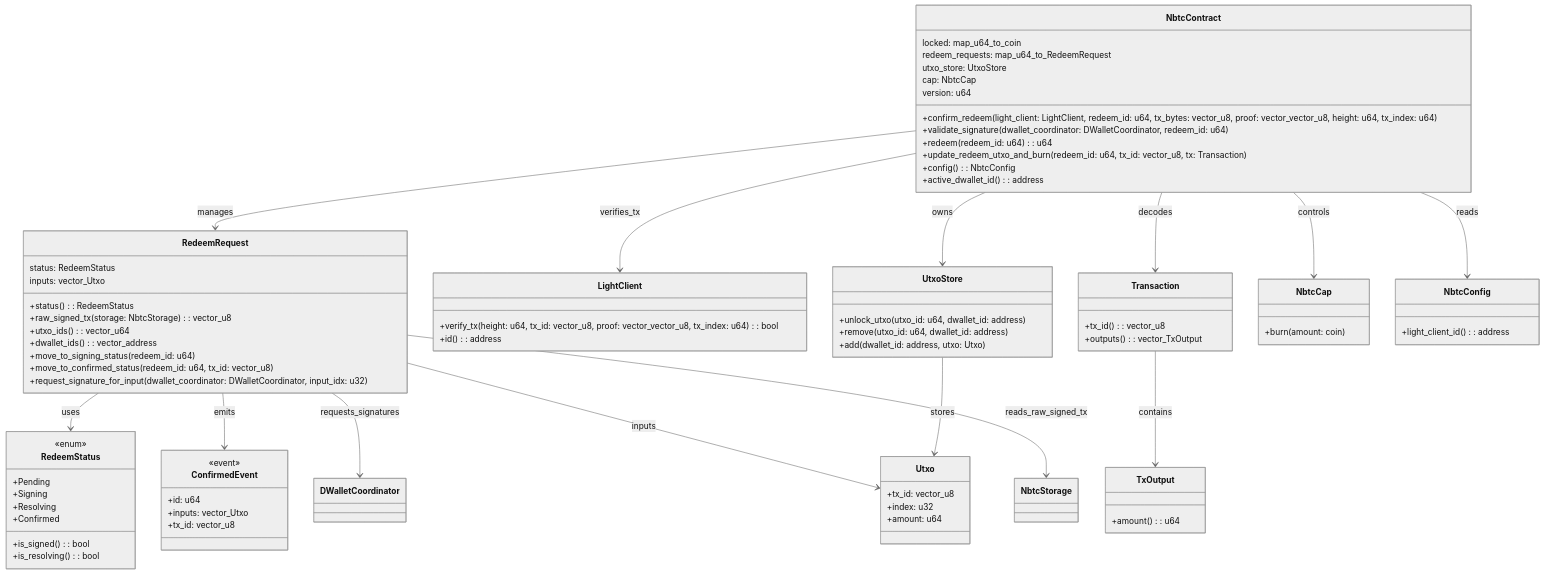
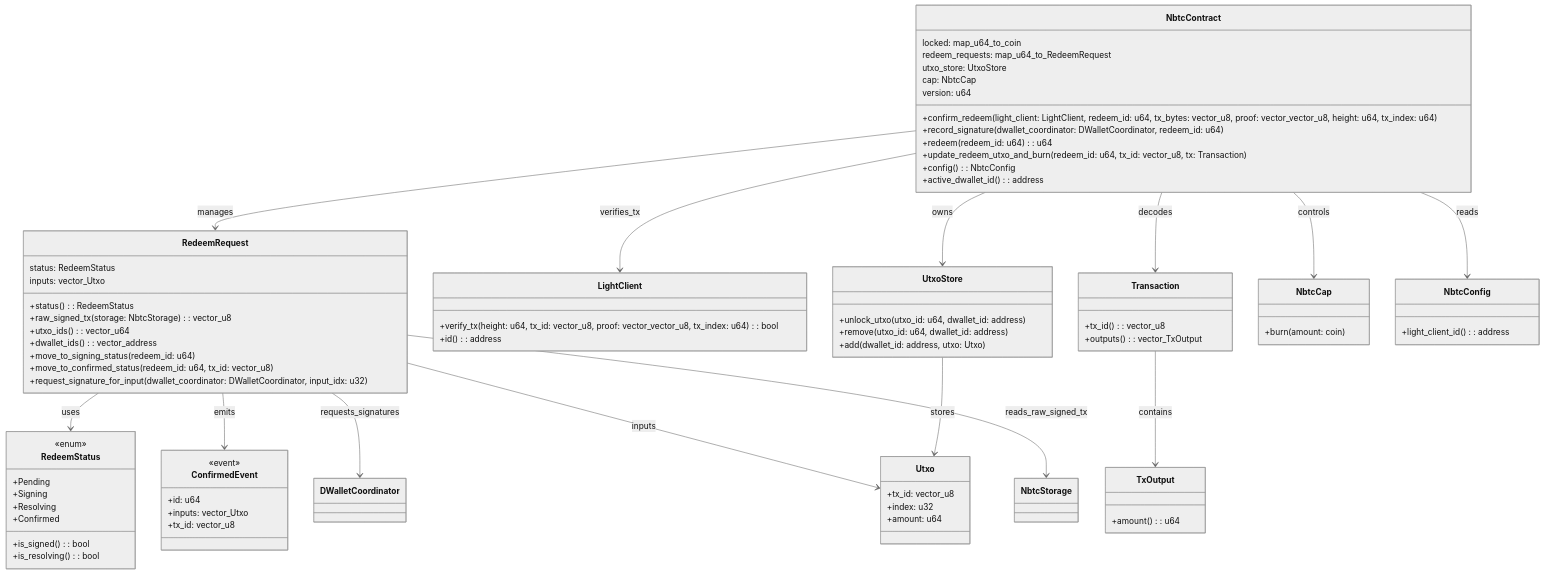
The diagram in nBTC/README.md (gonative-cc/sui-native), drawn with Mermaid (neutral theme) before and after one commit. The commit also changed 2 other files, not shown here.

Commit message:
refactor(nbtc): rename validate_signature -> record_signature

```diff
--- a/nBTC/README.md
+++ b/nBTC/README.md
@@ -43,7 +43,7 @@
 classDiagram
     class NbtcContract {
         +confirm_redeem(light_client: LightClient, redeem_id: u64, tx_bytes: vector_u8, proof: vector_vector_u8, height: u64, tx_index: u64)
-        +validate_signature(dwallet_coordinator: DWalletCoordinator, redeem_id: u64)
+        +record_signature(dwallet_coordinator: DWalletCoordinator, redeem_id: u64)
         +redeem(redeem_id: u64): u64
         +update_redeem_utxo_and_burn(redeem_id: u64, tx_id: vector_u8, tx: Transaction)
         +config(): NbtcConfig
```
